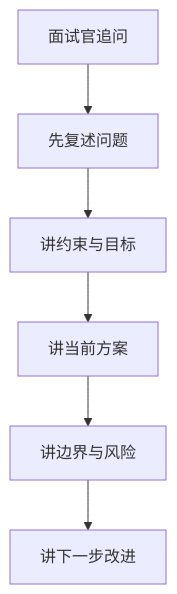
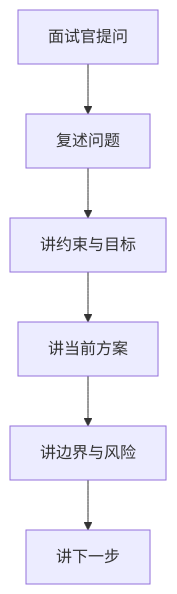
One commit to bitladykiller/zhiguang_go changed the diagram in docs/modules/13-项目面试作答手册.md. Above: the diagram before and after it, drawn with Mermaid. The commit also changed other lines of this file and 13 other files, not shown here.

````diff
--- a/docs/modules/13-项目面试作答手册.md
+++ b/docs/modules/13-项目面试作答手册.md
@@ -497,8 +20,8 @@
 ```mermaid
 flowchart TD
-    A[面试官追问] --> B[先复述问题]
+    A[面试官提问] --> B[复述问题]
     B --> C[讲约束与目标]
     C --> D[讲当前方案]
     D --> E[讲边界与风险]
-    E --> F[讲下一步改进]
+    E --> F[讲下一步]
 ```
````
